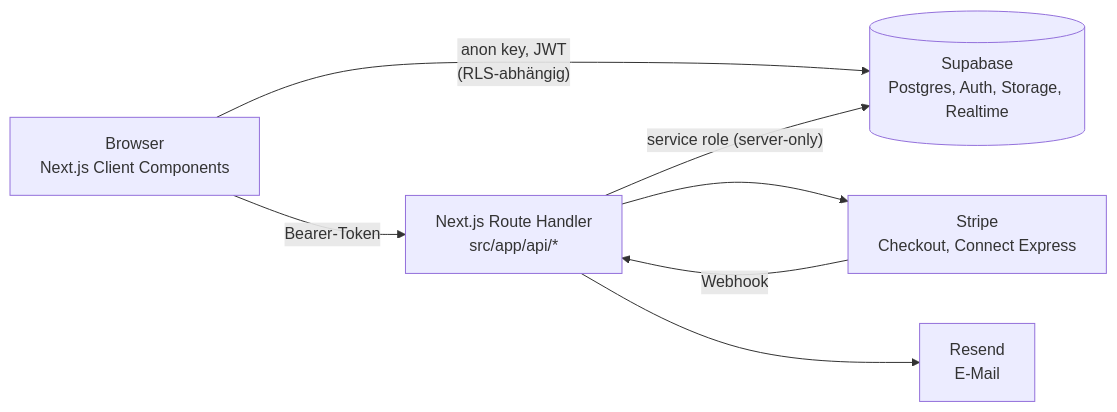
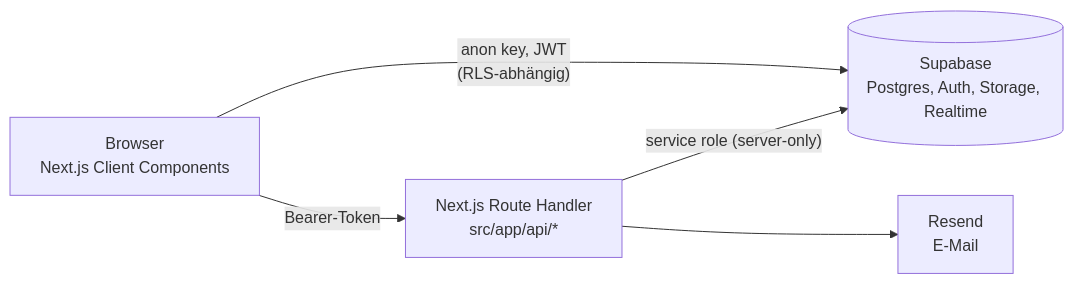
One commit to verifitofficial-spec/Verifit changed the first of 2 diagrams in docs/ARCHITECTURE.md. Above: the diagram before and after it, drawn with Mermaid. The commit also changed other lines of this file and 111 other files, not shown here.

````diff
--- a/docs/ARCHITECTURE.md
+++ b/docs/ARCHITECTURE.md
@@ -10,9 +22,7 @@
 ```mermaid
 flowchart LR
   B[Browser<br/>Next.js Client Components] -- "anon key, JWT<br/>(RLS-abhängig)" --> S[(Supabase<br/>Postgres, Auth, Storage, Realtime)]
   B -- "Bearer-Token" --> R[Next.js Route Handler<br/>src/app/api/*]
   R -- "service role (server-only)" --> S
-  R --> ST[Stripe<br/>Checkout, Connect Express]
   R --> RS[Resend<br/>E-Mail]
-  ST -- Webhook --> R
 ```
````
